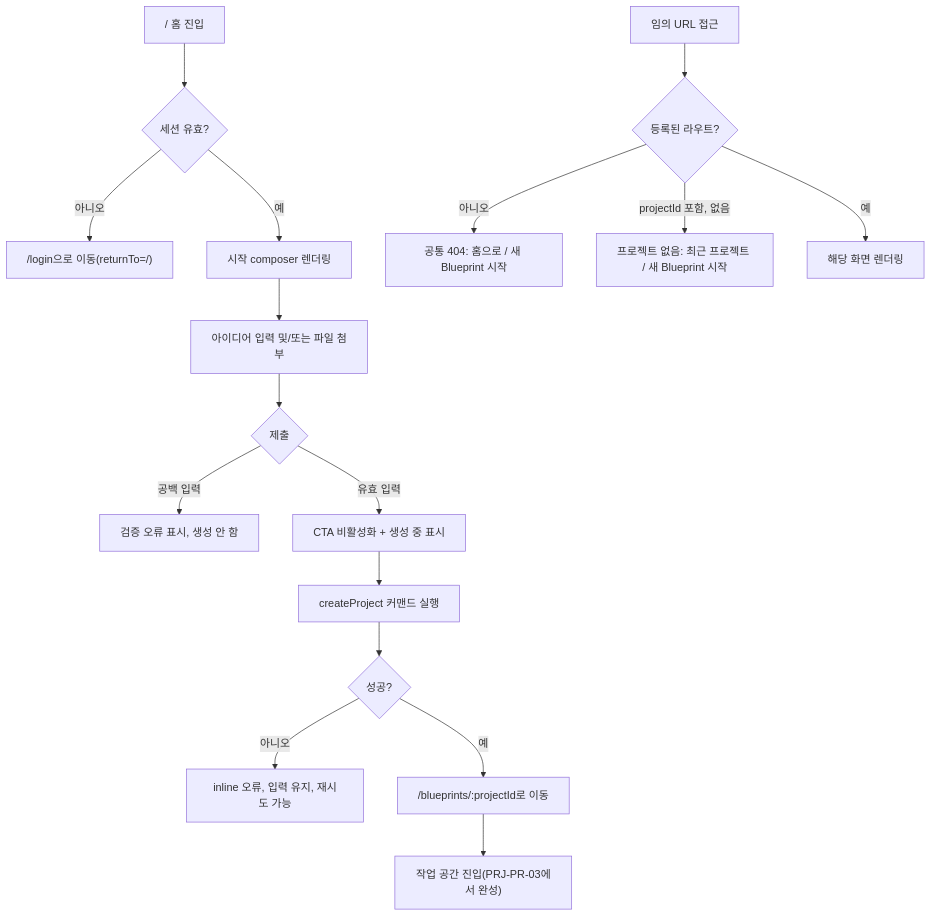
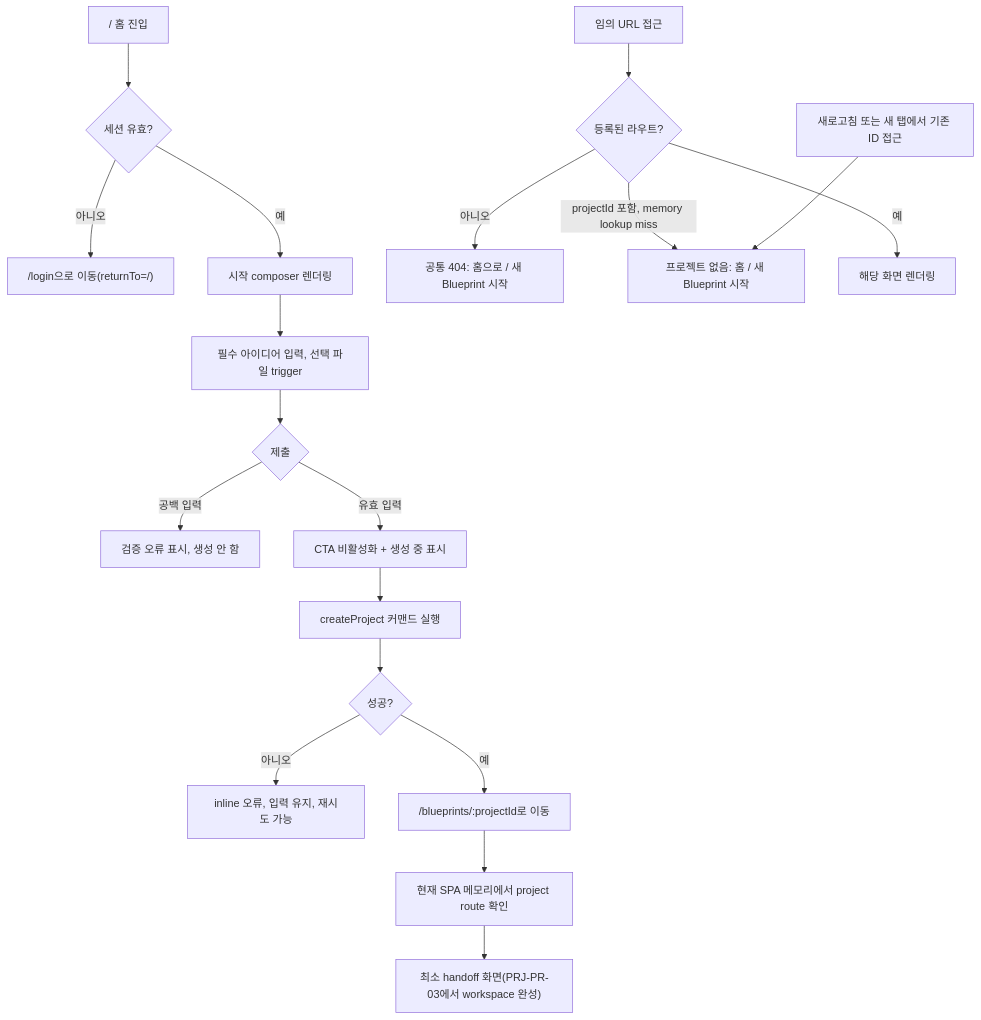
The diagram in docs/tasks/PRJ-PR-01/plan.md (donghyunlee-dev/ai-agent-blueprint), drawn with Mermaid before and after one commit. The commit also changed other lines of this file and 47 other files, not shown here.

First line of the commit message:
Add Blueprint project creation and routing (#10)

````diff
--- a/docs/tasks/PRJ-PR-01/plan.md
+++ b/docs/tasks/PRJ-PR-01/plan.md
@@ -59,20 +70,22 @@
 ```mermaid
 flowchart TD
     A["/ 홈 진입"] --> B{"세션 유효?"}
     B -- 아니오 --> C["/login으로 이동(returnTo=/)"]
     B -- 예 --> D["시작 composer 렌더링"]
-    D --> E["아이디어 입력 및/또는 파일 첨부"]
+    D --> E["필수 아이디어 입력, 선택 파일 trigger"]
     E --> F{"제출"}
     F -- "공백 입력" --> G["검증 오류 표시, 생성 안 함"]
     F -- "유효 입력" --> H["CTA 비활성화 + 생성 중 표시"]
     H --> I["createProject 커맨드 실행"]
     I --> J{"성공?"}
     J -- 아니오 --> K["inline 오류, 입력 유지, 재시도 가능"]
     J -- 예 --> L["/blueprints/:projectId로 이동"]
-    L --> M["작업 공간 진입(PRJ-PR-03에서 완성)"]
+    L --> M["현재 SPA 메모리에서 project route 확인"]
+    M --> N["최소 handoff 화면(PRJ-PR-03에서 workspace 완성)"]
 
-    N["임의 URL 접근"] --> O{"등록된 라우트?"}
+    X["임의 URL 접근"] --> O{"등록된 라우트?"}
     O -- 아니오 --> P["공통 404: 홈으로 / 새 Blueprint 시작"]
-    O -- "projectId 포함, 없음" --> Q["프로젝트 없음: 최근 프로젝트 / 새 Blueprint 시작"]
+    O -- "projectId 포함, memory lookup miss" --> Q["프로젝트 없음: 홈 / 새 Blueprint 시작"]
     O -- 예 --> R["해당 화면 렌더링"]
+    S["새로고침 또는 새 탭에서 기존 ID 접근"] --> Q
 ```
````
